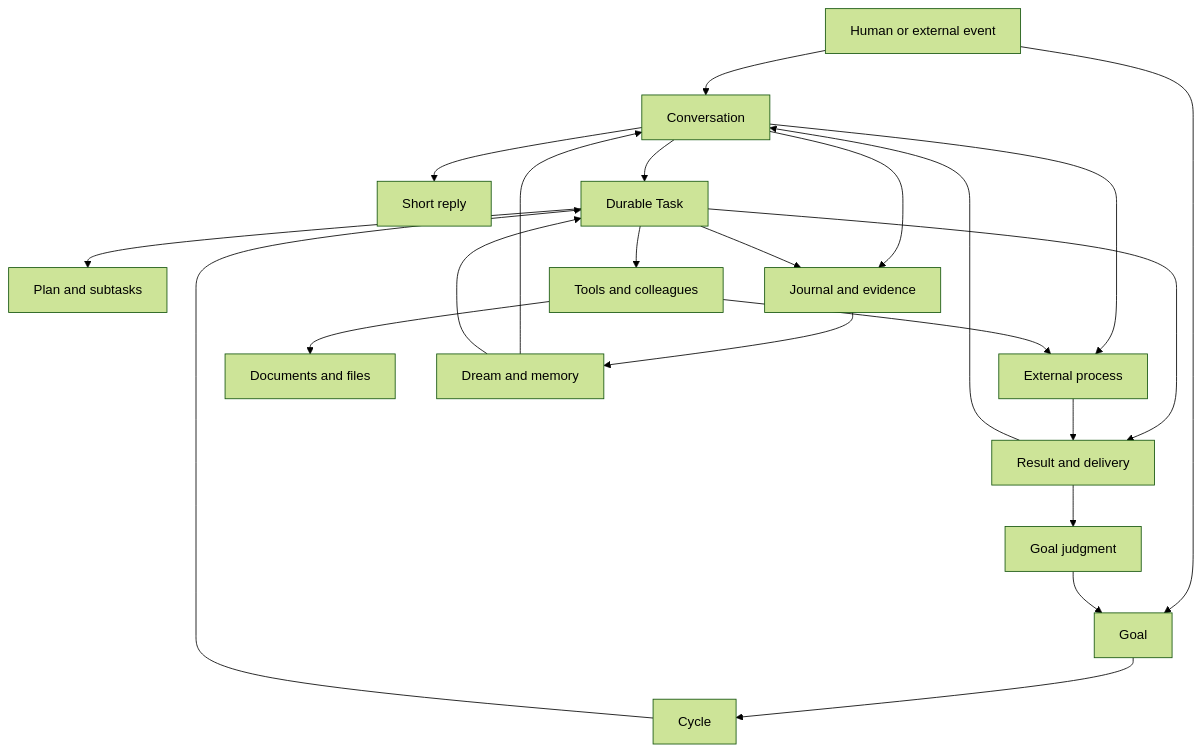
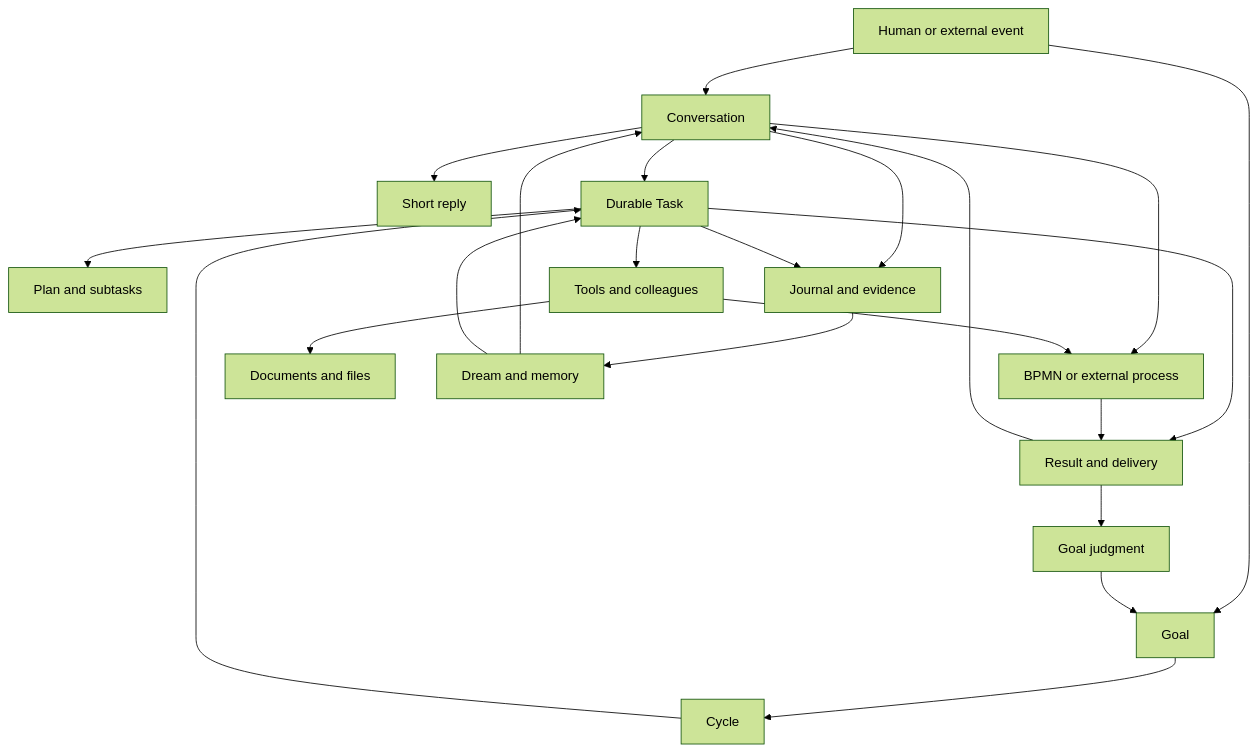
The first of 2 diagrams in docs/en/reference/functional-catalogue.md (lecluse-net/galaris), drawn with Mermaid (forest theme) before and after one commit. The commit also changed other lines of this file and 61 other files, not shown here.

````diff
--- a/docs/en/reference/functional-catalogue.md
+++ b/docs/en/reference/functional-catalogue.md
@@ -105,24 +108,24 @@
 ```mermaid
 flowchart TD
     H[Human or external event] --> C[Conversation]
     C --> R[Short reply]
     C --> T[Durable Task]
     H --> G[Goal]
     G --> Y[Cycle]
     Y --> T
     T --> P[Plan and subtasks]
     T --> O[Tools and colleagues]
-    C --> X[External process]
+    C --> X[BPMN or external process]
     O --> X
     O --> D[Documents and files]
     T --> F[Result and delivery]
     X --> F
     F --> C
     F --> J[Goal judgment]
     J --> G
     C --> B[Journal and evidence]
     T --> B
     B --> M[Dream and memory]
     M --> C
     M --> T
 ```
````
